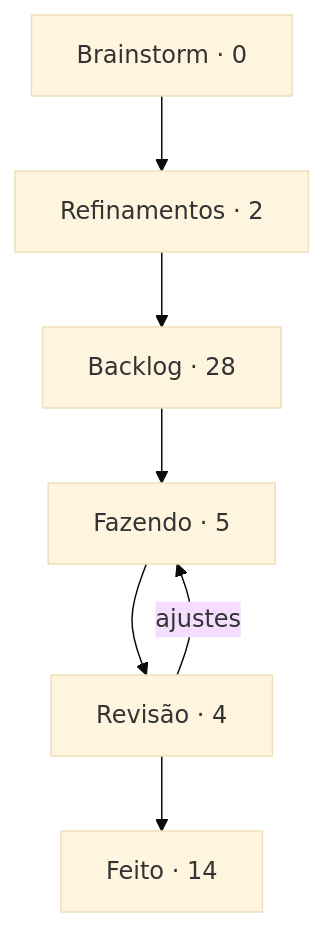
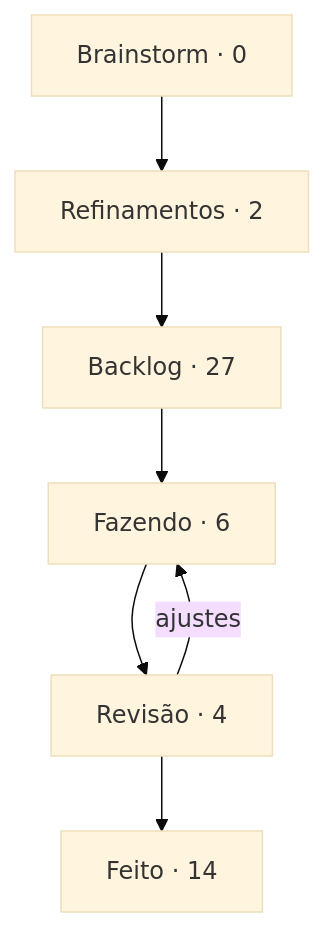
The diagram in boards/dungeon-bend/BOARD.md (StudioVibi/VibiKanban), drawn with Mermaid (base theme) before and after one commit. The commit also changed other lines of this file and 1 other file, not shown here.

Commit message:
board: DB-60 Backlog → Fazendo (@mete-marcha)

````diff
--- a/boards/dungeon-bend/BOARD.md
+++ b/boards/dungeon-bend/BOARD.md
@@ -5,12 +5,12 @@
 ```mermaid
 flowchart TD
   brainstorm["Brainstorm · 0"] --> refinamentos["Refinamentos · 2"]
-  refinamentos --> backlog["Backlog · 28"]
-  backlog --> doing["Fazendo · 5"]
+  refinamentos --> backlog["Backlog · 27"]
+  backlog --> doing["Fazendo · 6"]
   doing --> review["Revisão · 4"]
   review --> done["Feito · 14"]
   review -->|ajustes| doing
   doing:::blue
   review:::yellow
   done:::green
 ```
````
